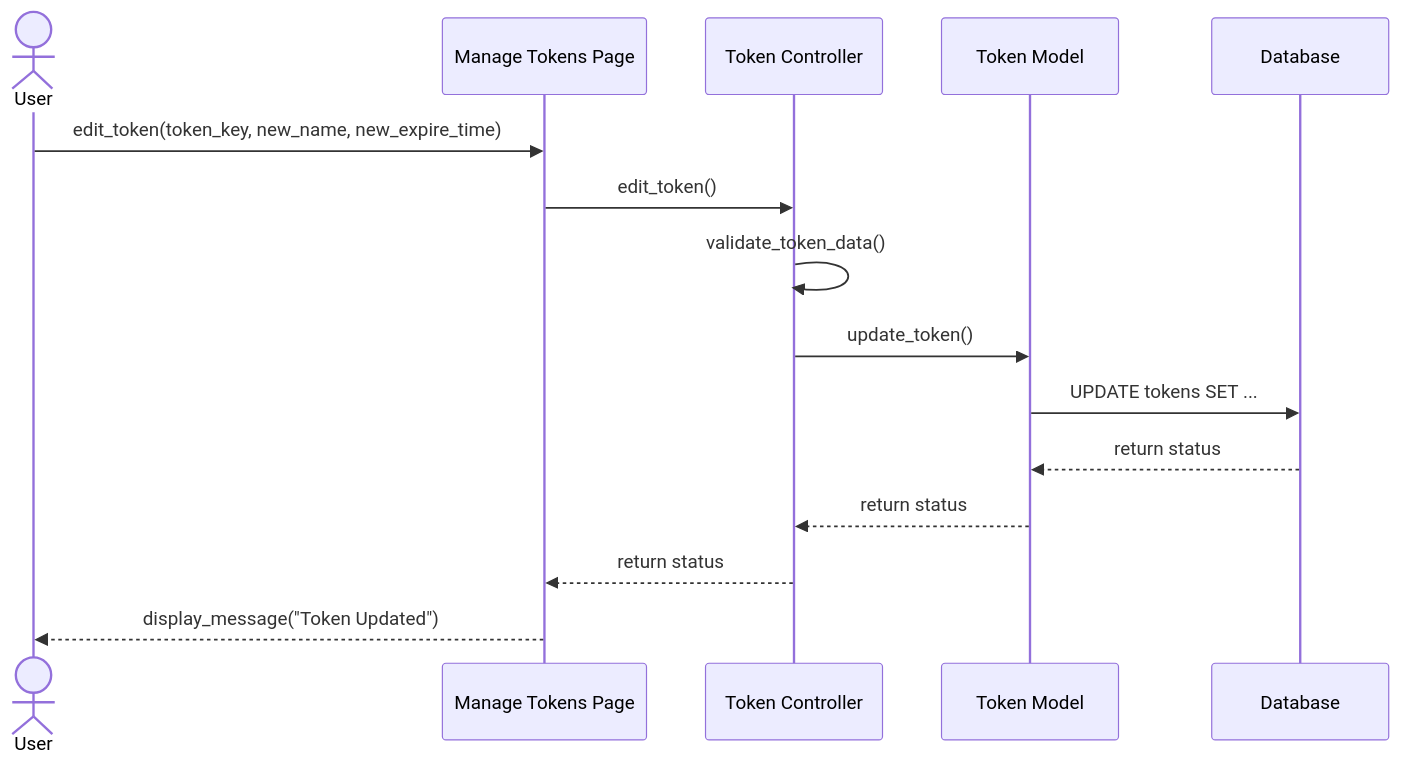
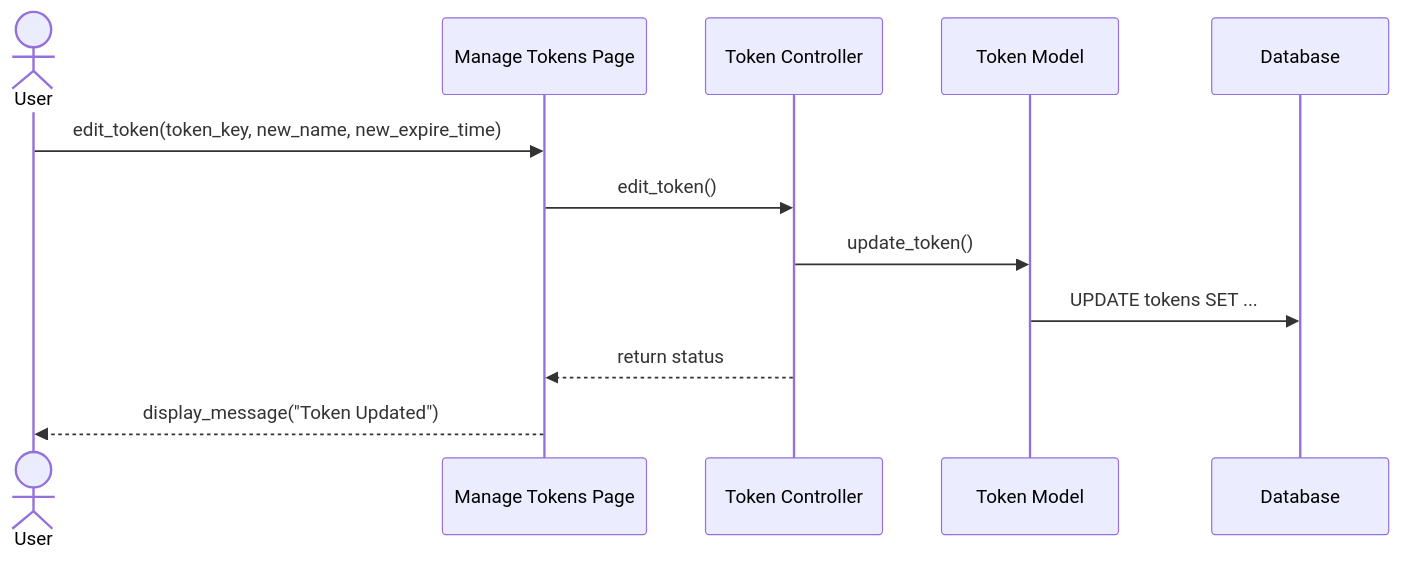
Before and after one commit to Tanaphat-Ken/ALPR-V2: the sixth of 20 diagrams in SYSTEM_DIAGRAMS.md, drawn with Mermaid. The commit also changed other lines of this file, not shown here.

First line of the commit message:
docs: trim sequence diagrams and split combined flows into separate diagrams

````diff
--- a/SYSTEM_DIAGRAMS.md
+++ b/SYSTEM_DIAGRAMS.md
@@ -262,18 +278,15 @@
 ```mermaid
 sequenceDiagram
     actor User
     participant TokenPage as Manage Tokens Page
     participant TokenController as Token Controller
     participant TokenModel as Token Model
     participant DB as Database
 
     User->>TokenPage: edit_token(token_key, new_name, new_expire_time)
     TokenPage->>TokenController: edit_token()
-    TokenController->>TokenController: validate_token_data()
     TokenController->>TokenModel: update_token()
     TokenModel->>DB: UPDATE tokens SET ...
-    DB-->>TokenModel: return status
-    TokenModel-->>TokenController: return status
     TokenController-->>TokenPage: return status
     TokenPage-->>User: display_message("Token Updated")
 ```
````
